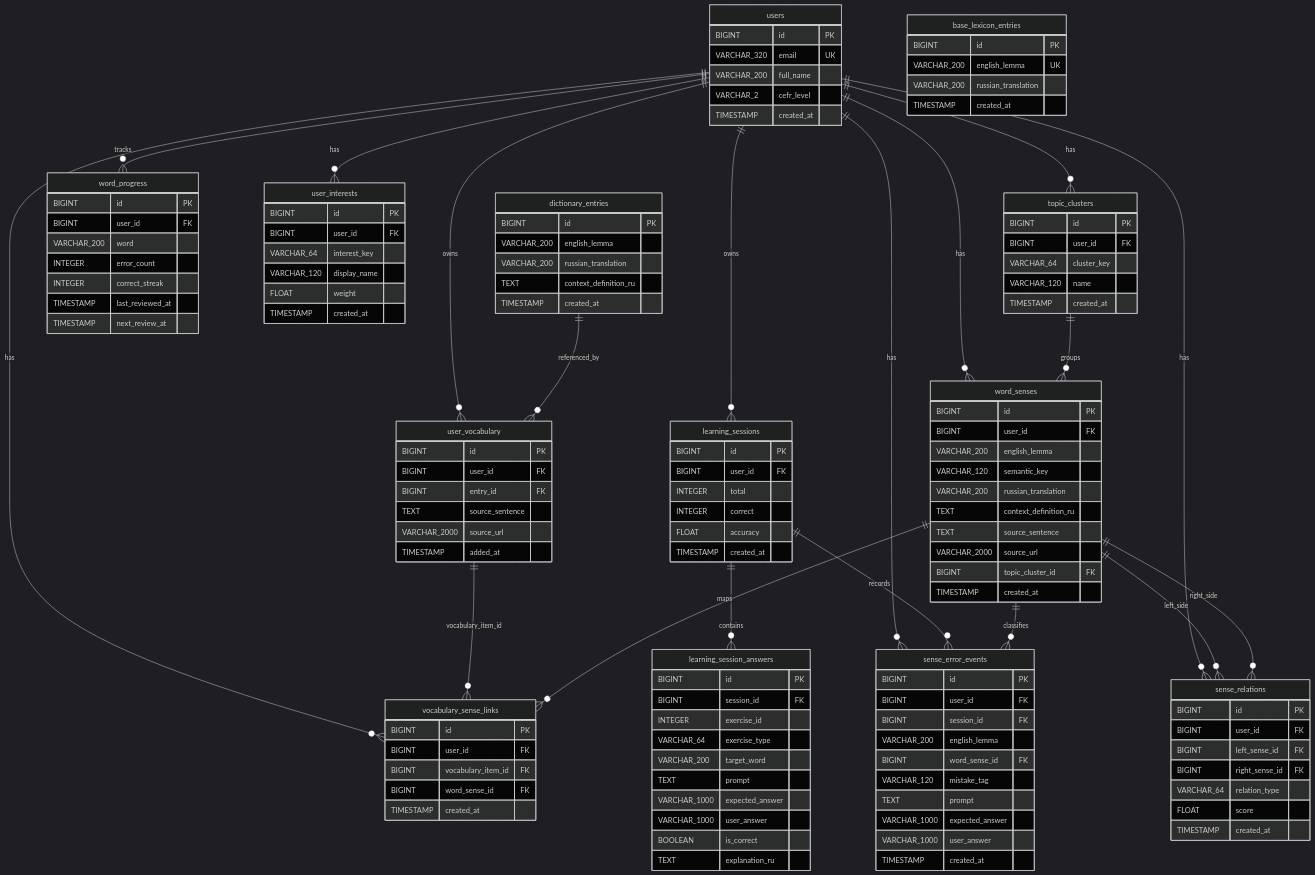
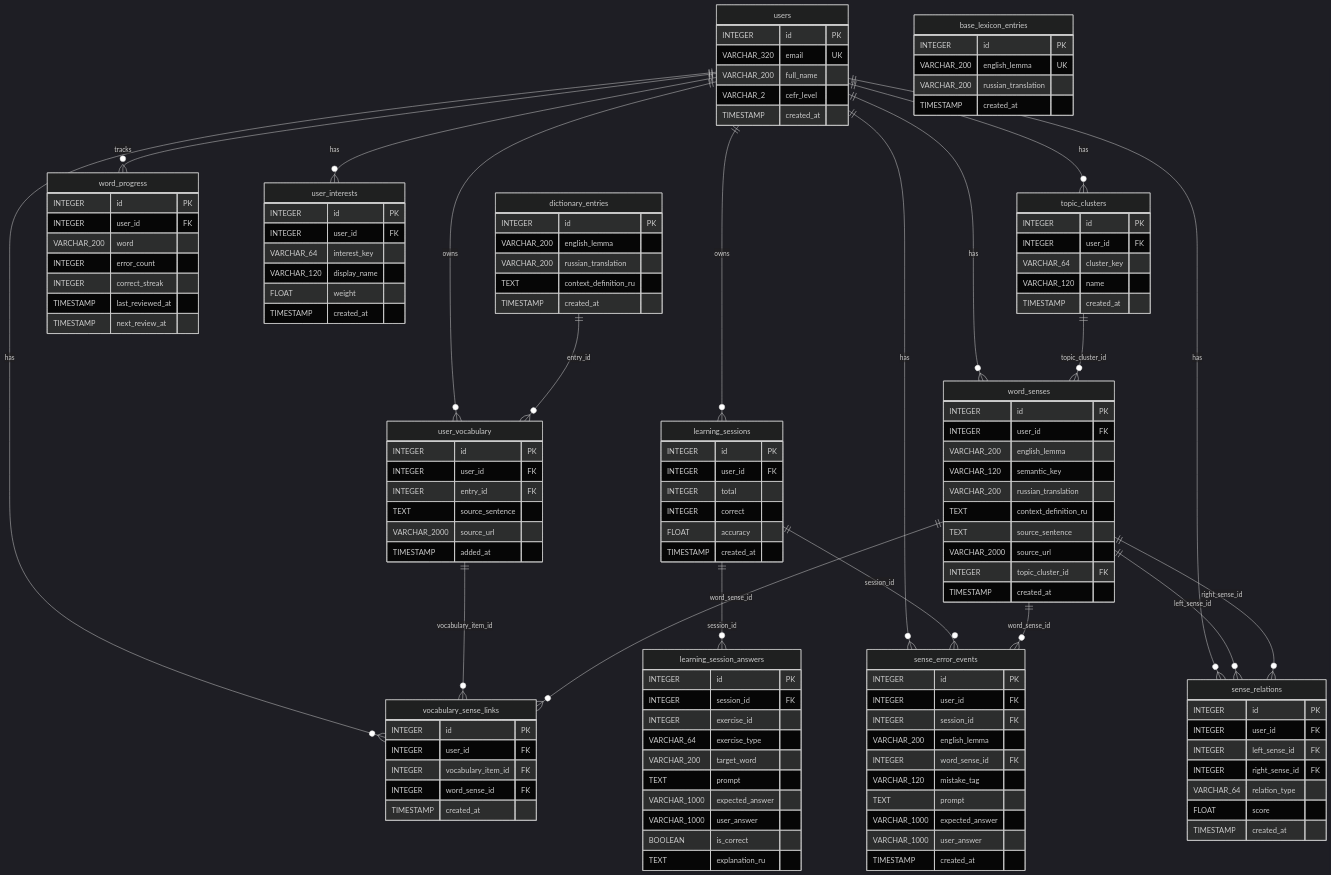
The diagram in docs/database_schema.md (Alena172/VKR_MIREA), drawn with Mermaid (dark theme) before and after one commit. The commit also changed other lines of this file, not shown here.

Commit message:
docs: enhance database schema documentation by adding unique constraints for various tables and updating data types from BIGINT to INTEGER for improved clarity and consistency

````diff
--- a/docs/database_schema.md
+++ b/docs/database_schema.md
@@ -100,7 +116,7 @@
 ```mermaid
 erDiagram
     users {
-        BIGINT id PK
+        INTEGER id PK
         VARCHAR_320 email UK
         VARCHAR_200 full_name
         VARCHAR_2 cefr_level
@@ -108,14 +124,14 @@
     }
 
     base_lexicon_entries {
-        BIGINT id PK
+        INTEGER id PK
         VARCHAR_200 english_lemma UK
         VARCHAR_200 russian_translation
         TIMESTAMP created_at
     }
 
     dictionary_entries {
-        BIGINT id PK
+        INTEGER id PK
         VARCHAR_200 english_lemma
         VARCHAR_200 russian_translation
         TEXT context_definition_ru
@@ -123,17 +139,17 @@
     }
 
     user_vocabulary {
-        BIGINT id PK
-        BIGINT user_id FK
-        BIGINT entry_id FK
+        INTEGER id PK
+        INTEGER user_id FK
+        INTEGER entry_id FK
         TEXT source_sentence
         VARCHAR_2000 source_url
         TIMESTAMP added_at
     }
 
     word_progress {
-        BIGINT id PK
-        BIGINT user_id FK
+        INTEGER id PK
+        INTEGER user_id FK
         VARCHAR_200 word
         INTEGER error_count
         INTEGER correct_streak
@@ -142,8 +158,8 @@
     }
 
     learning_sessions {
-        BIGINT id PK
-        BIGINT user_id FK
+        INTEGER id PK
+        INTEGER user_id FK
         INTEGER total
         INTEGER correct
         FLOAT accuracy
@@ -151,8 +167,8 @@
     }
 
     learning_session_answers {
-        BIGINT id PK
-        BIGINT session_id FK
+        INTEGER id PK
+        INTEGER session_id FK
         INTEGER exercise_id
         VARCHAR_64 exercise_type
         VARCHAR_200 target_word
@@ -164,8 +180,8 @@
     }
 
     user_interests {
-        BIGINT id PK
-        BIGINT user_id FK
+        INTEGER id PK
+        INTEGER user_id FK
         VARCHAR_64 interest_key
         VARCHAR_120 display_name
         FLOAT weight
@@ -173,50 +189,50 @@
     }
 
     topic_clusters {
-        BIGINT id PK
-        BIGINT user_id FK
+        INTEGER id PK
+        INTEGER user_id FK
         VARCHAR_64 cluster_key
         VARCHAR_120 name
         TIMESTAMP created_at
     }
 
     word_senses {
-        BIGINT id PK
-        BIGINT user_id FK
+        INTEGER id PK
+        INTEGER user_id FK
         VARCHAR_200 english_lemma
         VARCHAR_120 semantic_key
         VARCHAR_200 russian_translation
         TEXT context_definition_ru
         TEXT source_sentence
         VARCHAR_2000 source_url
-        BIGINT topic_cluster_id FK
+        INTEGER topic_cluster_id FK
         TIMESTAMP created_at
     }
 
     vocabulary_sense_links {
-        BIGINT id PK
-        BIGINT user_id FK
-        BIGINT vocabulary_item_id FK
-        BIGINT word_sense_id FK
+        INTEGER id PK
+        INTEGER user_id FK
+        INTEGER vocabulary_item_id FK
+        INTEGER word_sense_id FK
         TIMESTAMP created_at
     }
 
     sense_relations {
-        BIGINT id PK
-        BIGINT user_id FK
-        BIGINT left_sense_id FK
-        BIGINT right_sense_id FK
+        INTEGER id PK
+        INTEGER user_id FK
+        INTEGER left_sense_id FK
+        INTEGER right_sense_id FK
         VARCHAR_64 relation_type
         FLOAT score
         TIMESTAMP created_at
     }
 
     sense_error_events {
-        BIGINT id PK
-        BIGINT user_id FK
-        BIGINT session_id FK
+        INTEGER id PK
+        INTEGER user_id FK
+        INTEGER session_id FK
         VARCHAR_200 english_lemma
-        BIGINT word_sense_id FK
+        INTEGER word_sense_id FK
         VARCHAR_120 mistake_tag
         TEXT prompt
         VARCHAR_1000 expected_answer
@@ -234,13 +250,13 @@
     users ||--o{ sense_relations : has
     users ||--o{ sense_error_events : has
 
-    dictionary_entries ||--o{ user_vocabulary : referenced_by
-    learning_sessions ||--o{ learning_session_answers : contains
-    topic_clusters ||--o{ word_senses : groups
+    dictionary_entries ||--o{ user_vocabulary : entry_id
+    learning_sessions ||--o{ learning_session_answers : session_id
+    topic_clusters ||--o{ word_senses : topic_cluster_id
     user_vocabulary ||--o{ vocabulary_sense_links : vocabulary_item_id
-    word_senses ||--o{ vocabulary_sense_links : maps
-    word_senses ||--o{ sense_relations : left_side
-    word_senses ||--o{ sense_relations : right_side
-    learning_sessions ||--o{ sense_error_events : records
-    word_senses ||--o{ sense_error_events : classifies
+    word_senses ||--o{ vocabulary_sense_links : word_sense_id
+    word_senses ||--o{ sense_relations : left_sense_id
+    word_senses ||--o{ sense_relations : right_sense_id
+    learning_sessions ||--o{ sense_error_events : session_id
+    word_senses ||--o{ sense_error_events : word_sense_id
 ```
````
